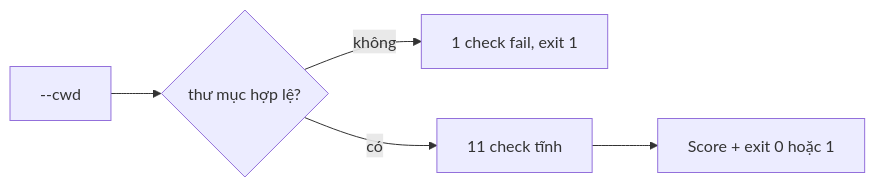
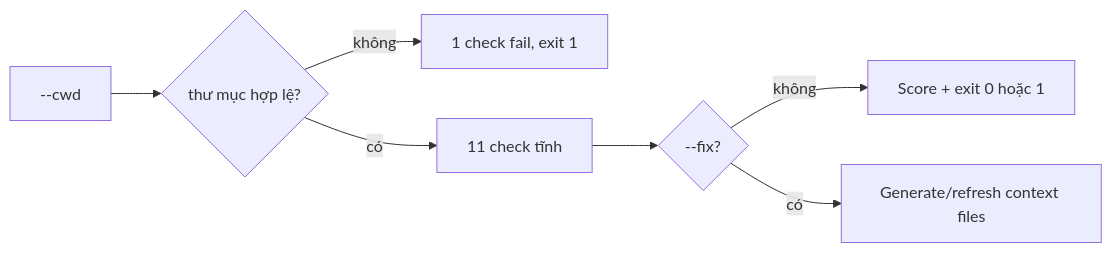
Before and after one commit to LeMinhSang2k5/ready-for-agents: the second of 2 diagrams in README.vi.md, drawn with Mermaid. The commit also changed other lines of this file and 48 other files, not shown here.

````diff
--- a/README.vi.md
+++ b/README.vi.md
@@ -346,7 +463,9 @@
 ```mermaid
 flowchart LR
   I[--cwd] --> J{thư mục hợp lệ?}
   J -->|không| K[1 check fail, exit 1]
   J -->|có| L[11 check tĩnh]
-  L --> M[Score + exit 0 hoặc 1]
+  L --> M{--fix?}
+  M -->|không| N[Score + exit 0 hoặc 1]
+  M -->|có| O[Generate/refresh context files]
 ```
````
